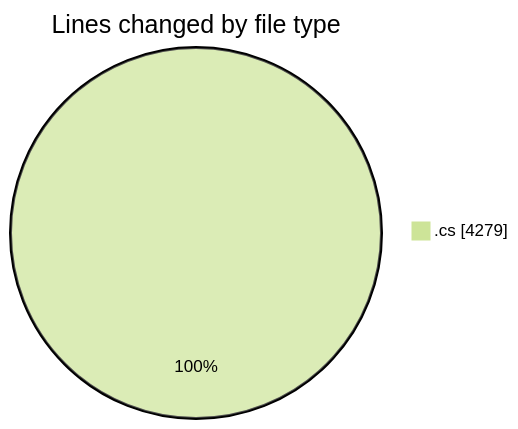
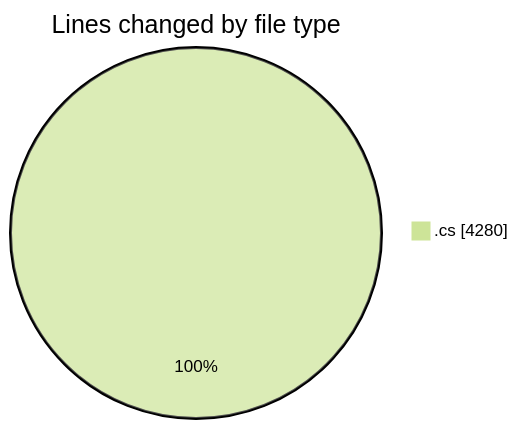
The first of 2 diagrams in 2025-03-26/back-end/README.md (Netris89/code-tracking), drawn with Mermaid (forest theme) before and after one commit. The commit also changed other lines of this file and 1 other file, not shown here.

````diff
--- a/2025-03-26/back-end/README.md
+++ b/2025-03-26/back-end/README.md
@@ -49,5 +49,5 @@
 ```mermaid
 pie showData
 title Lines changed by file type
-".cs" : 4279
+".cs" : 4280
 ```
````
